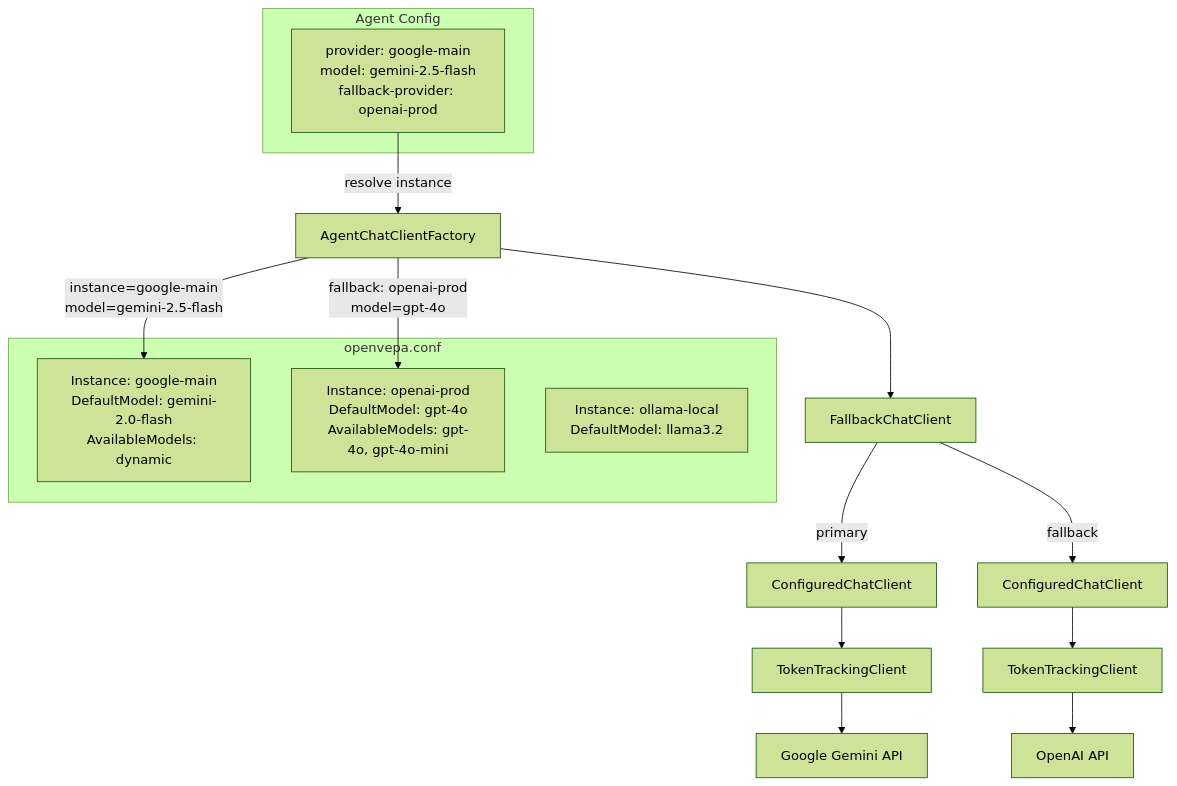
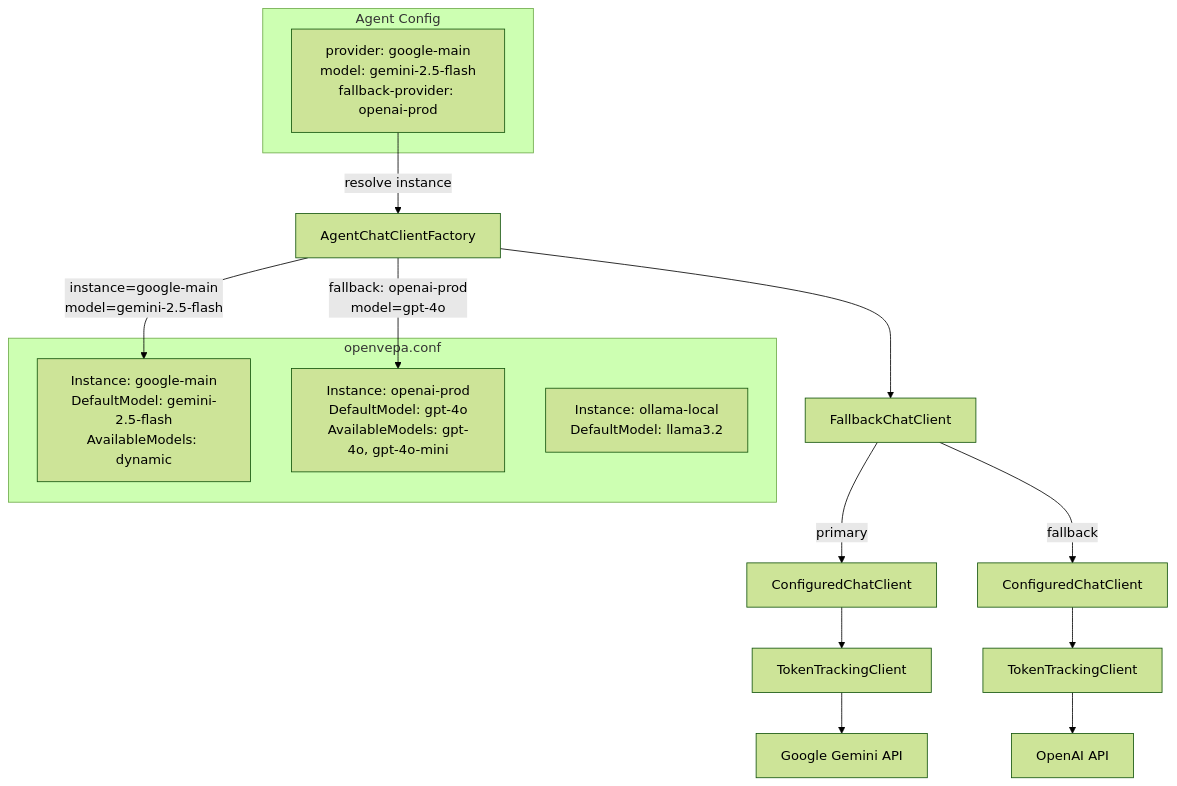
The diagram in .agents/architecture/ADR-0001-provider-llm-multi-model-architecture.md (OpenVEPA/OpenVEPA), drawn with Mermaid (forest theme) before and after one commit. The commit also changed other lines of this file and 10 other files, not shown here.

First line of the commit message:
fix: update deprecated gemini-2.0-flash to gemini-2.5-flash

````diff
--- a/.agents/architecture/ADR-0001-provider-llm-multi-model-architecture.md
+++ b/.agents/architecture/ADR-0001-provider-llm-multi-model-architecture.md
@@ -611,24 +611,24 @@
 ```mermaid
 graph TD
     subgraph Config["openvepa.conf"]
-        PI1["Instance: google-main<br/>DefaultModel: gemini-2.0-flash<br/>AvailableModels: dynamic"]
+        PI1["Instance: google-main<br/>DefaultModel: gemini-2.5-flash<br/>AvailableModels: dynamic"]
         PI2["Instance: openai-prod<br/>DefaultModel: gpt-4o<br/>AvailableModels: gpt-4o, gpt-4o-mini"]
         PI3["Instance: ollama-local<br/>DefaultModel: llama3.2"]
     end
 
     subgraph Agent["Agent Config"]
         AC["provider: google-main<br/>model: gemini-2.5-flash<br/>fallback-provider: openai-prod"]
     end
 
     AC -->|"resolve instance"| Factory["AgentChatClientFactory"]
     Factory -->|"instance=google-main<br/>model=gemini-2.5-flash"| PI1
     Factory -->|"fallback: openai-prod<br/>model=gpt-4o"| PI2
 
     Factory --> FBC["FallbackChatClient"]
     FBC -->|"primary"| CC1["ConfiguredChatClient"]
     FBC -->|"fallback"| CC2["ConfiguredChatClient"]
     CC1 --> TTC1["TokenTrackingClient"]
     CC2 --> TTC2["TokenTrackingClient"]
     TTC1 --> GoogleAPI["Google Gemini API"]
     TTC2 --> OpenAIAPI["OpenAI API"]
 ```
````
